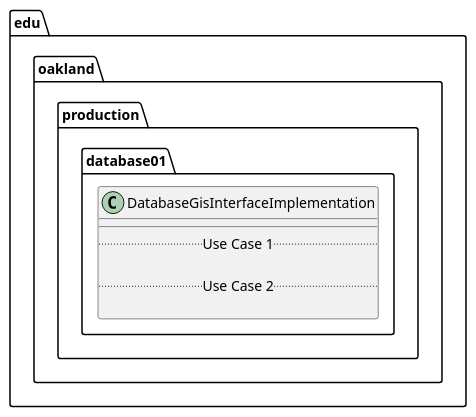
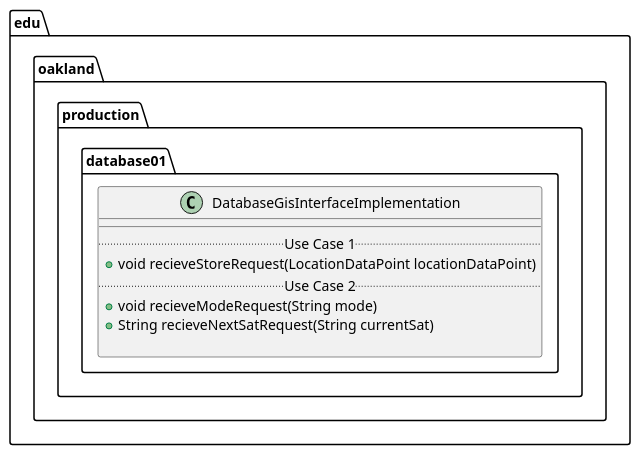
Before and after one commit to elilley15/csi-3370-software-project: the diagram in docs/uml-class-diagrams/database01/production/DatabaseGisInterfaceImplementation/DatabaseGisInterfaceImplementation.puml, drawn with PlantUML. The commit also changed 7 other files, not shown here.

First line of the commit message:
[Database] Added Database Public Interface UML Class Diagrams (#12)

```diff
--- a/docs/uml-class-diagrams/database01/production/DatabaseGisInterfaceImplementation/DatabaseGisInterfaceImplementation.puml
+++ b/docs/uml-class-diagrams/database01/production/DatabaseGisInterfaceImplementation/DatabaseGisInterfaceImplementation.puml
@@ -1,13 +1,15 @@
 @startuml DatabaseGisInterfaceImplementation
 
 package edu.oakland.production.database01 {
     class DatabaseGisInterfaceImplementation {
         __
         .. Use Case 1 ..
-
+        + void recieveStoreRequest(LocationDataPoint locationDataPoint)
         .. Use Case 2 ..
-
+        + void recieveModeRequest(String mode)
+        + String recieveNextSatRequest(String currentSat)
+        
     }
 }
 
 @enduml
```
